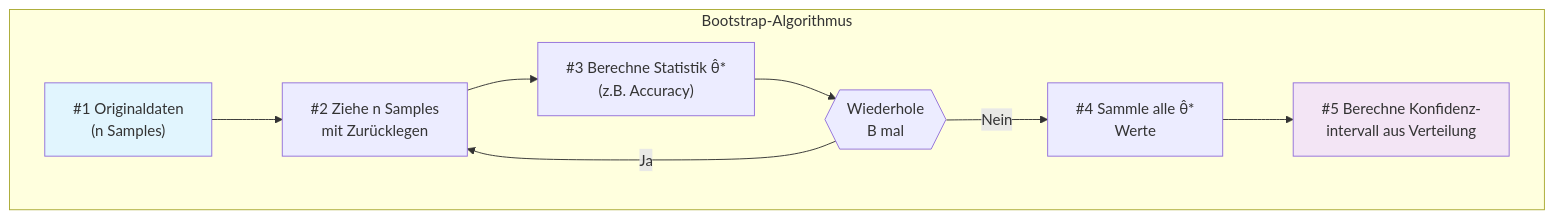
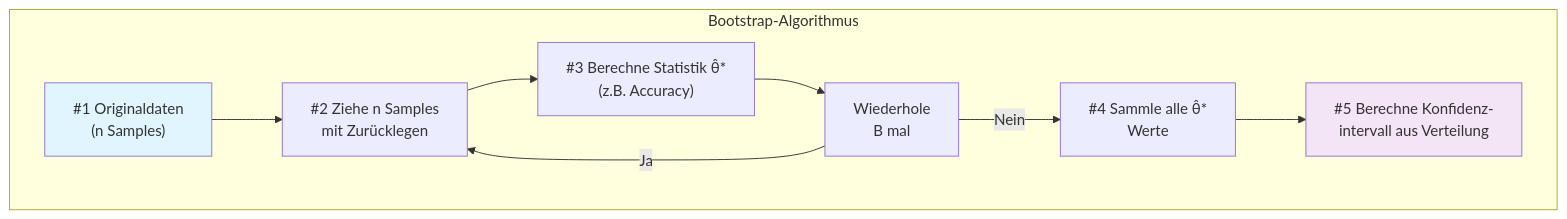
The third of 7 diagrams in docs/concepts/evaluate/bootstrapping.md (ralf-42/ML_Intro), drawn with Mermaid before and after one commit. The commit also changed 6 other files, not shown here.

````diff
--- a/docs/concepts/evaluate/bootstrapping.md
+++ b/docs/concepts/evaluate/bootstrapping.md
@@ -162,14 +162,14 @@
 ```mermaid
 flowchart TB
     subgraph algo["Bootstrap-Algorithmus"]
         A["#1 Originaldaten<br/>(n Samples)"] --> B["#2 Ziehe n Samples<br/>mit Zurücklegen"]
         B --> C["#3 Berechne Statistik θ̂*<br/>(z.B. Accuracy)"]
-        C --> D{{"Wiederhole<br/>B mal"}}
+        C --> D["Wiederhole<br/>B mal"]
         D --> |"Ja"| B
         D --> |"Nein"| E["#4 Sammle alle θ̂*<br/>Werte"]
         E --> F["#5 Berechne Konfidenz-<br/>intervall aus Verteilung"]
     end
 
     style A fill:#e1f5fe
     style F fill:#f3e5f5
 ```
````
